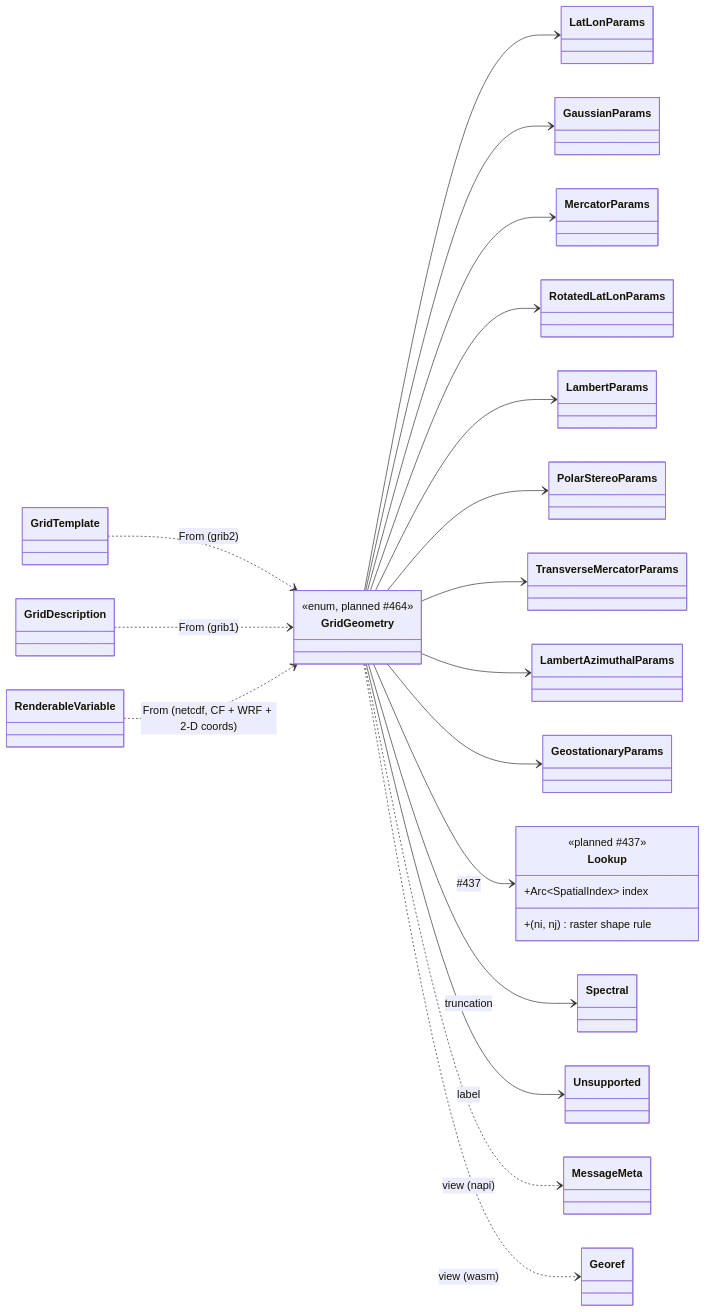
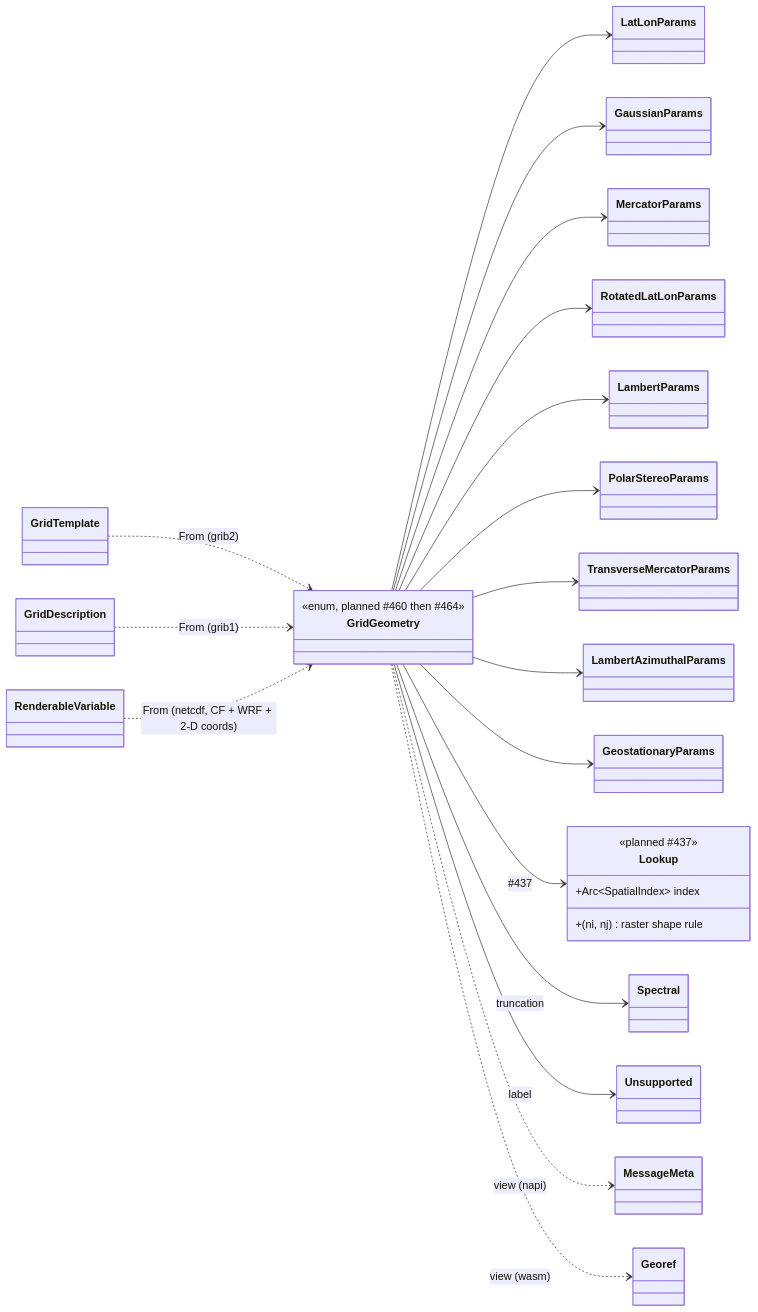
The second of 4 diagrams in docs/architecture/planned/03-composition.md (D0ubleD0uble/fieldglass), drawn with Mermaid before and after one commit. The commit also changed other lines of this file and 2 other files, not shown here.

First line of the commit message:
docs(architecture): bring the planned graphs to the end-of-milestones state

````diff
--- a/docs/architecture/planned/03-composition.md
+++ b/docs/architecture/planned/03-composition.md
@@ -28,31 +28,31 @@
 ```mermaid
 classDiagram
     direction LR
     class GridGeometry {
-        <<enum, planned #464>>
+        <<enum, planned #460 then #464>>
     }
     GridGeometry --> LatLonParams
     GridGeometry --> GaussianParams
     GridGeometry --> MercatorParams
     GridGeometry --> RotatedLatLonParams
     GridGeometry --> LambertParams
     GridGeometry --> PolarStereoParams
     GridGeometry --> TransverseMercatorParams
     GridGeometry --> LambertAzimuthalParams
     GridGeometry --> GeostationaryParams
     GridGeometry --> Lookup : #437
     GridGeometry --> Spectral : truncation
     GridGeometry --> Unsupported : label
 
     class Lookup {
         <<planned #437>>
         +Arc~SpatialIndex~ index
         +(ni, nj) raster shape rule
     }
 
     GridTemplate ..> GridGeometry : From (grib2)
     GridDescription ..> GridGeometry : From (grib1)
     RenderableVariable ..> GridGeometry : From (netcdf, CF + WRF + 2-D coords)
     GridGeometry ..> MessageMeta : view (napi)
     GridGeometry ..> Georef : view (wasm)
 ```
````
